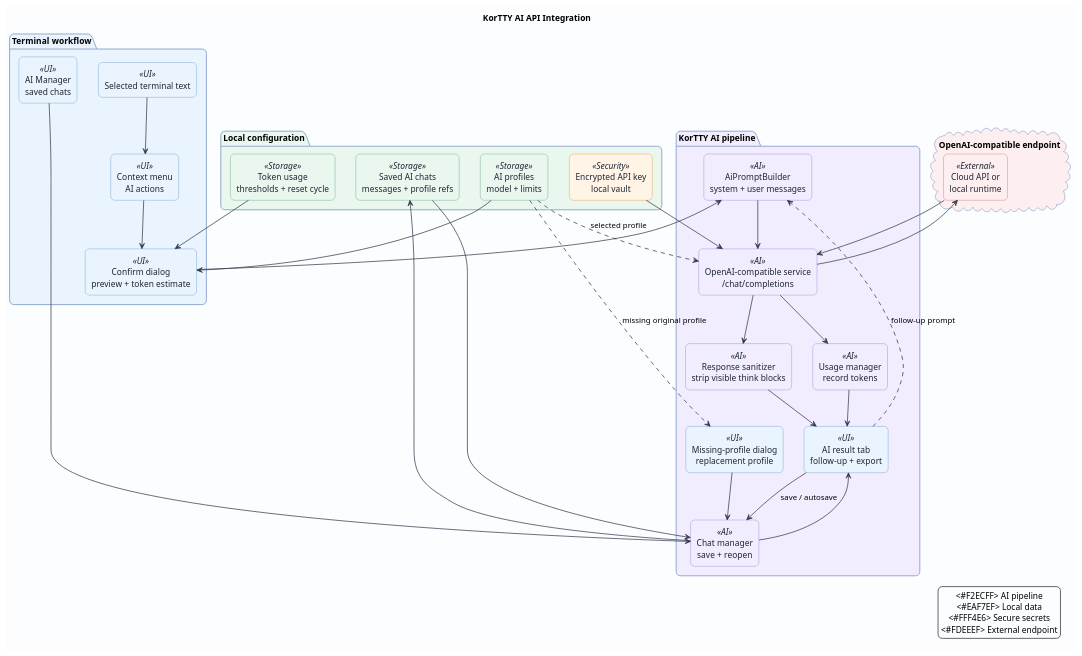
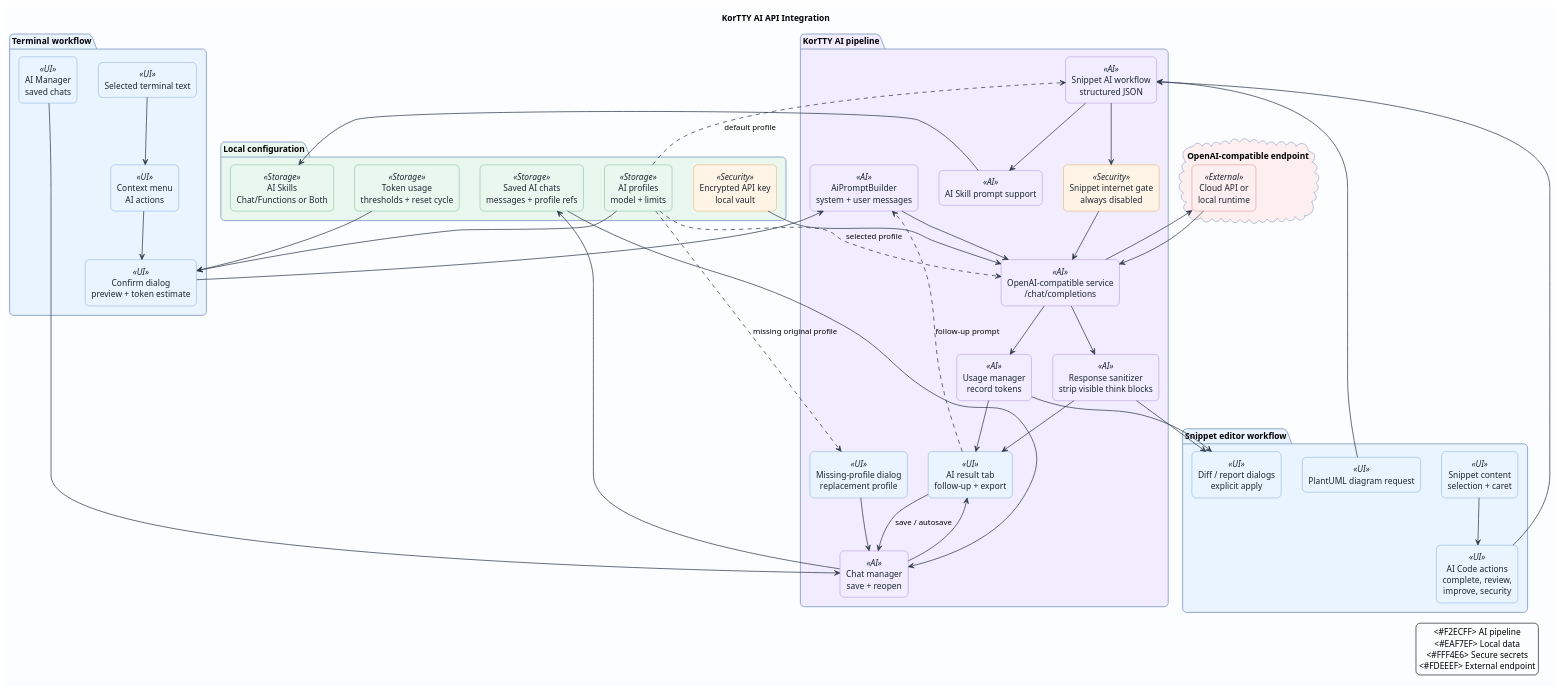
One commit to chardonnay/korTTY changed the diagram in docs/diagrams/ai-api-integration.puml. Above: the diagram before and after it, drawn with PlantUML. The commit also changed 67 other files, not shown here.

Commit message:
Add snippet editor AI improvements

```diff
--- a/docs/diagrams/ai-api-integration.puml
+++ b/docs/diagrams/ai-api-integration.puml
@@ -1,98 +1,119 @@
 @startuml
 title KorTTY AI API Integration
 
 skinparam backgroundColor #FBFDFF
 skinparam shadowing false
 skinparam roundcorner 14
 skinparam componentStyle rectangle
 skinparam defaultFontName "Arial"
 skinparam defaultTextAlignment center
 skinparam ArrowColor #2F3A4A
 skinparam ArrowThickness 1.2
 skinparam packageBorderColor #8AA2C8
 skinparam packageBackgroundColor #F6F9FE
 skinparam component {
   BorderColor #385070
   BackgroundColor #FFFFFF
   FontColor #1D2733
 }
 
 skinparam component<<UI>> {
   BackgroundColor #EAF4FF
   BorderColor #3A7BBF
 }
 skinparam component<<AI>> {
   BackgroundColor #F2ECFF
   BorderColor #7E57C2
 }
 skinparam component<<Storage>> {
   BackgroundColor #EAF7EF
   BorderColor #2E8B57
 }
 skinparam component<<Security>> {
   BackgroundColor #FFF4E6
   BorderColor #D97904
 }
 skinparam component<<External>> {
   BackgroundColor #FDEEEF
   BorderColor #B94A48
 }
 
 package "Terminal workflow" as Workflow #EAF4FF {
   component "Selected terminal text" as Selection <<UI>>
   component "Context menu\nAI actions" as Menu <<UI>>
   component "Confirm dialog\npreview + token estimate" as Confirm <<UI>>
   component "AI Manager\nsaved chats" as Manager <<UI>>
 }
 
+package "Snippet editor workflow" as SnippetWorkflow #EAF4FF {
+  component "Snippet content\nselection + caret" as SnippetContent <<UI>>
+  component "AI Code actions\ncomplete, review,\nimprove, security" as SnippetActions <<UI>>
+  component "Diff / report dialogs\nexplicit apply" as SnippetDiff <<UI>>
+  component "PlantUML diagram request" as SnippetDiagram <<UI>>
+}
+
 package "Local configuration" as Config #EAF7EF {
   component "AI profiles\nmodel + limits" as Profiles <<Storage>>
   component "Token usage\nthresholds + reset cycle" as Quotas <<Storage>>
   component "Encrypted API key\nlocal vault" as Vault <<Security>>
   component "Saved AI chats\nmessages + profile refs" as SavedChats <<Storage>>
+  component "AI Skills\nChat/Functions or Both" as Skills <<Storage>>
 }
 
 package "KorTTY AI pipeline" as Pipeline #F2ECFF {
   component "AiPromptBuilder\nsystem + user messages" as Prompt <<AI>>
+  component "Snippet AI workflow\nstructured JSON" as SnippetPrompt <<AI>>
+  component "Snippet internet gate\nalways disabled" as SnippetGate <<Security>>
+  component "AI Skill prompt support" as SkillPrompt <<AI>>
   component "OpenAI-compatible service\n/chat/completions" as Service <<AI>>
   component "Usage manager\nrecord tokens" as Usage <<AI>>
   component "Response sanitizer\nstrip visible think blocks" as Sanitizer <<AI>>
   component "AI result tab\nfollow-up + export" as Result <<UI>>
   component "Chat manager\nsave + reopen" as ChatManager <<AI>>
   component "Missing-profile dialog\nreplacement profile" as Fallback <<UI>>
 }
 
 cloud "OpenAI-compatible endpoint" as Endpoint #FDEEEF {
   component "Cloud API or\nlocal runtime" as API <<External>>
 }
 
 Selection --> Menu
 Menu --> Confirm
 Profiles --> Confirm
 Quotas --> Confirm
 Vault --> Service
 Confirm --> Prompt
+SnippetContent --> SnippetActions
+SnippetActions --> SnippetPrompt
+SnippetPrompt --> SnippetGate
+SnippetPrompt --> SkillPrompt
+SnippetDiagram --> SnippetPrompt
+SnippetGate --> Service
+SkillPrompt --> Skills
 Prompt --> Service
 Service --> API
 API --> Service
 Service --> Sanitizer
 Sanitizer --> Result
+Sanitizer --> SnippetDiff
 Service --> Usage
 Usage --> Result
+Usage --> SnippetDiff
 Result ..> Prompt : follow-up prompt
 Result --> ChatManager : save / autosave
 ChatManager --> SavedChats
 Manager --> ChatManager
 SavedChats --> ChatManager
 ChatManager --> Result
 Profiles ..> Fallback : missing original profile
 Fallback --> ChatManager
 Profiles ..> Service : selected profile
+Profiles ..> SnippetPrompt : default profile
 
 legend right
   <#F2ECFF> AI pipeline
   <#EAF7EF> Local data
   <#FFF4E6> Secure secrets
   <#FDEEEF> External endpoint
 endlegend
 @enduml
```
